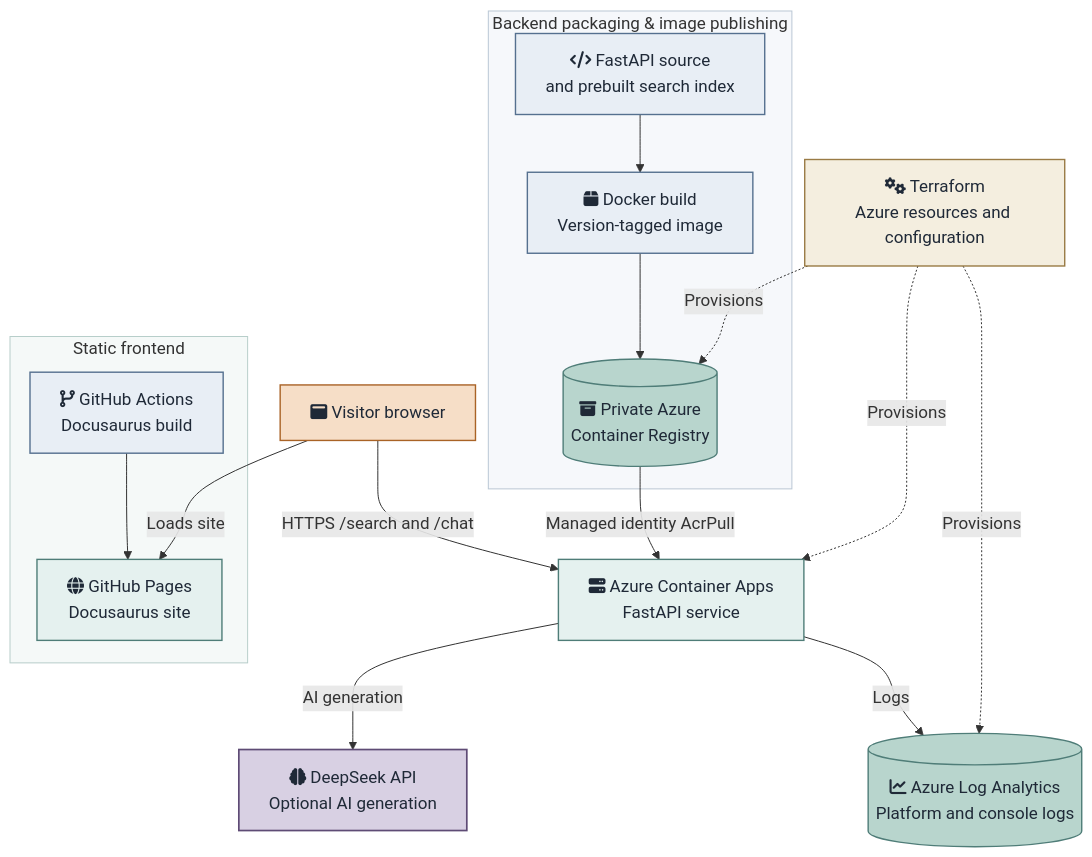
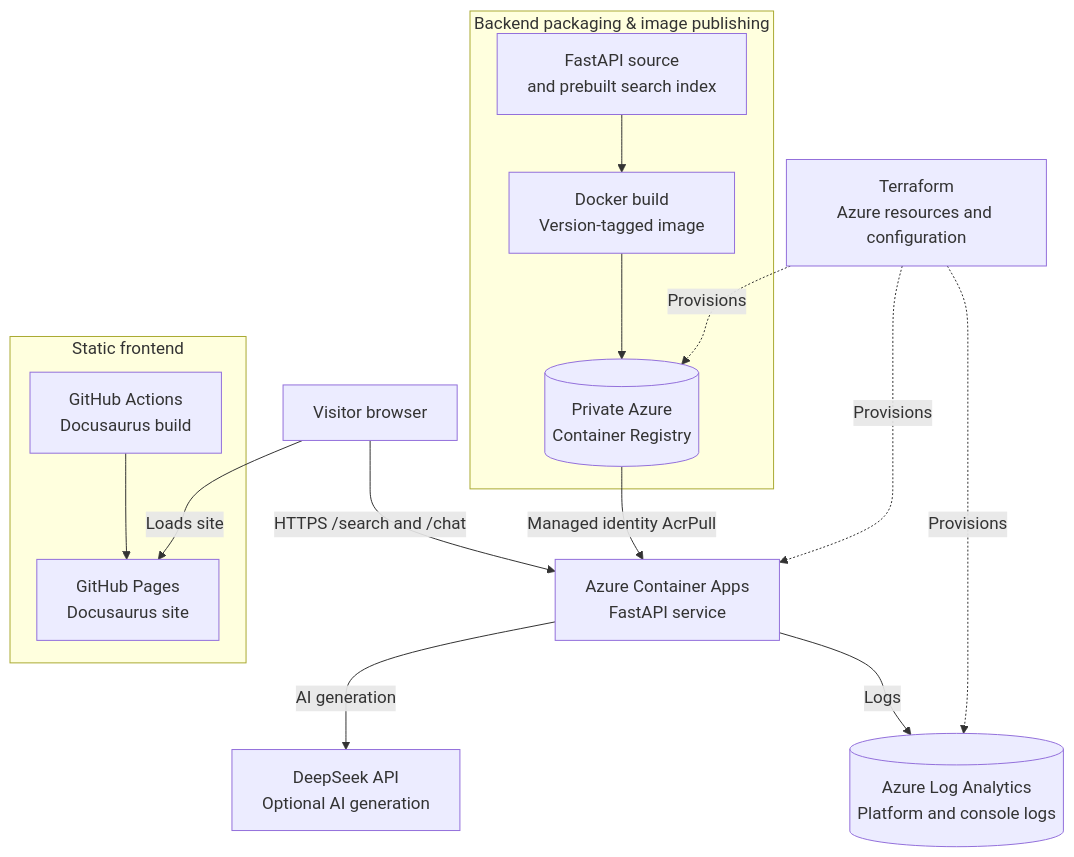
The third of 3 diagrams in docs/case-studies/RagSearchCloudArchitecture.md (iand4096/docusaurusportfolio), drawn with Mermaid before and after one commit. The commit also changed other lines of this file and 22 other files, not shown here.

Commit message:
Unify diagram figures with restrained styling and fullscreen zoom and pan

````diff
--- a/docs/case-studies/RagSearchCloudArchitecture.md
+++ b/docs/case-studies/RagSearchCloudArchitecture.md
@@ -263,52 +305,45 @@
 ```mermaid
 %%{init: {
   "flowchart": {"useMaxWidth": false, "nodeSpacing": 20, "rankSpacing": 45},
   "themeVariables": {"fontSize": "17px"}
 }}%%
 flowchart TB
     subgraph PACKAGE["Backend packaging & image publishing"]
-        Source["fa:fa-code FastAPI source<br/>and prebuilt search index"]
-        Docker["fa:fa-box Docker build<br/>Version-tagged image"]
-        ACR[("fa:fa-box-archive Private Azure<br/>Container Registry")]
+        Source["FastAPI source<br/>and prebuilt search index"]
+        Docker["Docker build<br/>Version-tagged image"]
+        ACR[("Private Azure<br/>Container Registry")]
         Source --> Docker --> ACR
     end
 
-        Terraform["fa:fa-gears Terraform<br/>Azure resources and configuration"]
+        Terraform["Terraform<br/>Azure resources and configuration"]
 
     subgraph FRONTEND["Static frontend"]
-        Actions["fa:fa-code-branch GitHub Actions<br/>Docusaurus build"]
-        Pages["fa:fa-globe GitHub Pages<br/>Docusaurus site"]
+        Actions["GitHub Actions<br/>Docusaurus build"]
+        Pages["GitHub Pages<br/>Docusaurus site"]
         Actions --> Pages
     end
 
-        Browser["fa:fa-window-maximize Visitor browser"]
-        ACA["fa:fa-server Azure Container Apps<br/>FastAPI service"]
-        DeepSeek["fa:fa-brain DeepSeek API<br/>Optional AI generation"]
-        Logs[("fa:fa-chart-line Azure Log Analytics<br/>Platform and console logs")]
+        Browser["Visitor browser"]
+        ACA["Azure Container Apps<br/>FastAPI service"]
+        DeepSeek["DeepSeek API<br/>Optional AI generation"]
+        Logs[("Azure Log Analytics<br/>Platform and console logs")]
         Browser -->|Loads site| Pages
         Browser -->|HTTPS /search and /chat| ACA
         ACA -->|AI generation| DeepSeek
         ACA -->|Logs| Logs
 
     ACR -->|Managed identity AcrPull| ACA
     Terraform -.->|Provisions| ACR
     Terraform -.->|Provisions| ACA
     Terraform -.->|Provisions| Logs
 
-    classDef input fill:#E8EEF5,stroke:#55708F,color:#1F2937,stroke-width:1.4px;
-    classDef process fill:#E5F1EF,stroke:#4F7D78,color:#1F2937,stroke-width:1.4px;
-    classDef storage fill:#B8D5CD,stroke:#4F7D78,color:#1F2937,stroke-width:1.4px;
-    classDef infra fill:#F4EEDF,stroke:#9A7B45,color:#1F2937,stroke-width:1.4px;
-    classDef interaction fill:#F6DEC7,stroke:#A96326,color:#1F2937,stroke-width:1.4px;
-    classDef generation fill:#D8D0E3,stroke:#5E4B75,color:#1F2937,stroke-width:1.7px;
-
-    class Source,Docker,Actions input;
-    class Pages,ACA process;
+    class Source input;
+    class Docker,Actions,ACA process;
     class ACR,Logs storage;
     class Terraform infra;
-    class Browser interaction;
+    class Pages,Browser interaction;
     class DeepSeek generation;
 
-    style PACKAGE fill:#F6F8FB,stroke:#BAC7D4,stroke-width:1px
-    style FRONTEND fill:#F5F9F8,stroke:#B7CECA,stroke-width:1px
+    class PACKAGE group-process;
+    class FRONTEND group-interaction;
 ```
````
